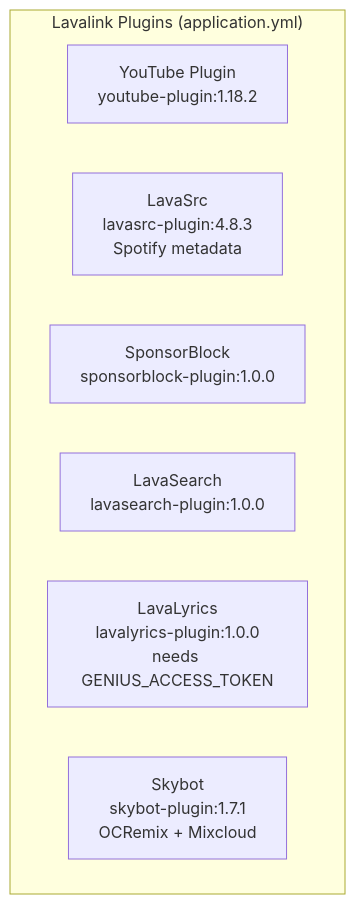
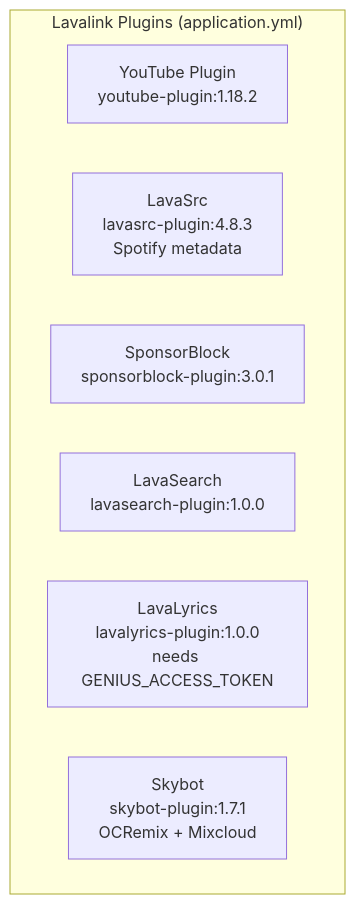
Before and after one commit to HELIX-Origin/Lavalink-Server: the seventh of 7 diagrams in .agents/rules.md, drawn with Mermaid. The commit also changed other lines of this file and 5 other files, not shown here.

Commit message:
Update SponsorBlock plugin to 3.0.1

````diff
--- a/.agents/rules.md
+++ b/.agents/rules.md
@@ -306,11 +306,11 @@
 ```mermaid
 graph TD
     subgraph Plugins["Lavalink Plugins (application.yml)"]
         P1[YouTube Plugin<br/>youtube-plugin:1.18.2]
         P2[LavaSrc<br/>lavasrc-plugin:4.8.3<br/>Spotify metadata]
-        P3[SponsorBlock<br/>sponsorblock-plugin:1.0.0]
+        P3[SponsorBlock<br/>sponsorblock-plugin:3.0.1]
         P4[LavaSearch<br/>lavasearch-plugin:1.0.0]
         P5[LavaLyrics<br/>lavalyrics-plugin:1.0.0<br/>needs GENIUS_ACCESS_TOKEN]
         P6[Skybot<br/>skybot-plugin:1.7.1<br/>OCRemix + Mixcloud]
     end
 ```
````
